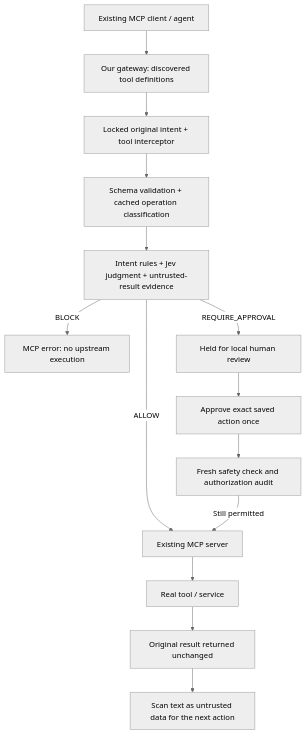
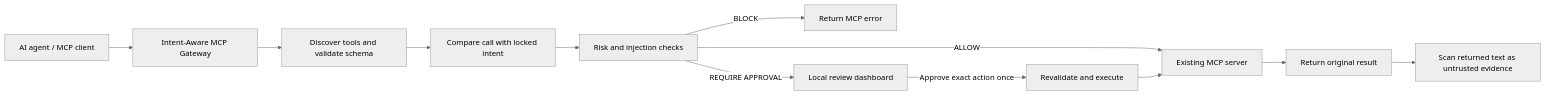
Before and after one commit to mato08/Hacktoberfest: the diagram in README.md, drawn with Mermaid (neutral theme). The commit also changed other lines of this file, not shown here.

````diff
--- a/README.md
+++ b/README.md
@@ -32,16 +28,14 @@
 ```mermaid
-flowchart TD
-    A[Existing MCP client / agent] --> B[Our gateway: discovered tool definitions]
-    B --> C[Locked original intent + tool interceptor]
-    C --> D[Schema validation + cached operation classification]
-    D --> E[Intent rules + Jev judgment + untrusted-result evidence]
+flowchart LR
+    A[AI agent / MCP client] --> B[Intent-Aware MCP Gateway]
+    B --> C[Discover tools and validate schema]
+    C --> D[Compare call with locked intent]
+    D --> E[Risk and injection checks]
     E -->|ALLOW| F[Existing MCP server]
-    E -->|BLOCK| G[MCP error: no upstream execution]
-    E -->|REQUIRE_APPROVAL| H[Held for local human review]
-    H --> L[Approve exact saved action once]
-    L --> M[Fresh safety check and authorization audit]
-    M -->|Still permitted| F
-    F --> I[Real tool / service]
-    I --> J[Original result returned unchanged]
-    J --> K[Scan text as untrusted data for the next action]
+    E -->|BLOCK| G[Return MCP error]
+    E -->|REQUIRE APPROVAL| H[Local review dashboard]
+    H -->|Approve exact action once| I[Revalidate and execute]
+    I --> F
+    F --> J[Return original result]
+    J --> K[Scan returned text as untrusted evidence]
 ```
````
